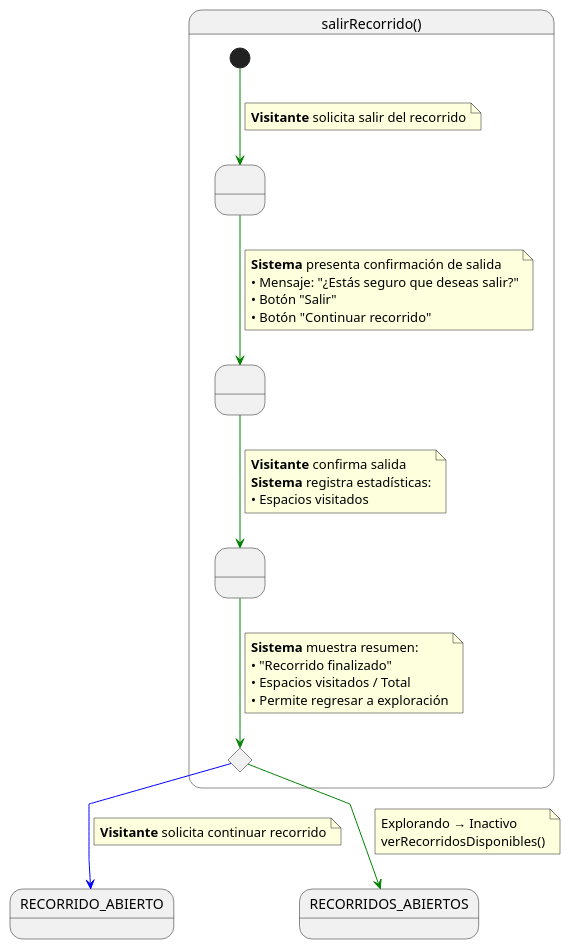
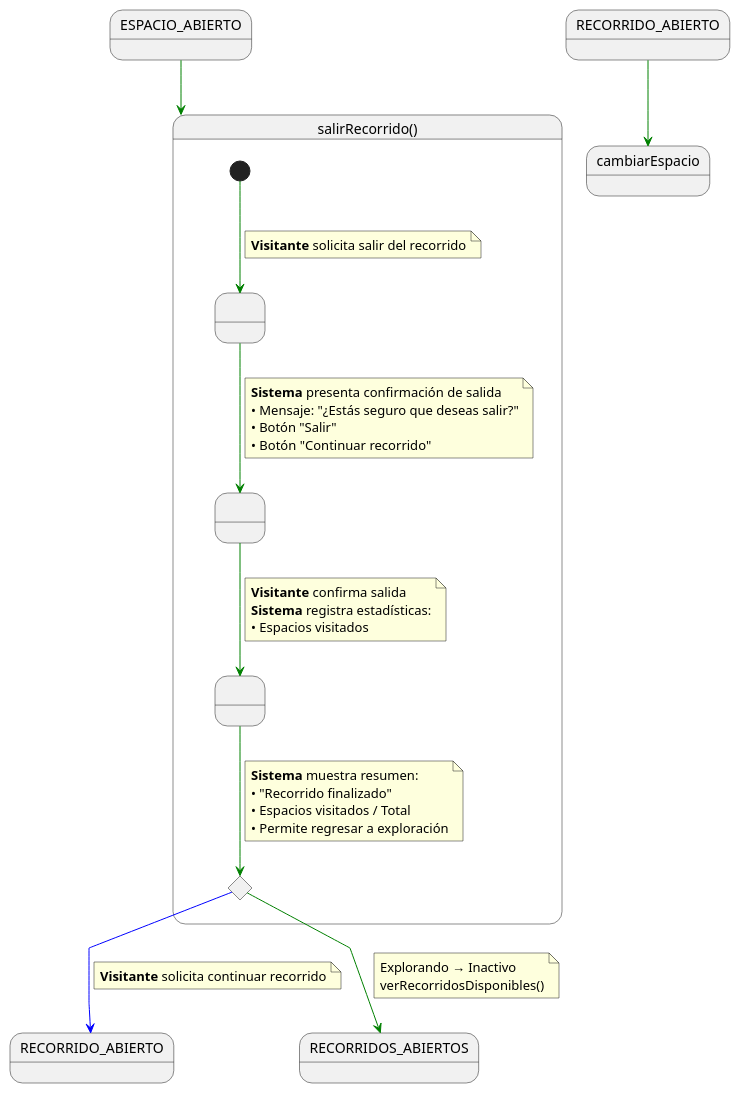
Before and after one commit to Camila-Lesly/25-26-idsw1-sdr: the diagram in documentos/01-casoDeUso/3-DetallarCasosDeUso/1-Visitante/salirRecorrido/salirRecorrido.puml, drawn with PlantUML. The commit also changed 22 other files, not shown here.

```diff
--- a/documentos/01-casoDeUso/3-DetallarCasosDeUso/1-Visitante/salirRecorrido/salirRecorrido.puml
+++ b/documentos/01-casoDeUso/3-DetallarCasosDeUso/1-Visitante/salirRecorrido/salirRecorrido.puml
@@ -1,51 +1,56 @@
 @startuml
 skinparam linetype polyline
+
+state in1 as "ESPACIO_ABIERTO"
+in1 -[#green]-> salirRecorrido
+state in2 as "RECORRIDO_ABIERTO"
+in2 -[#green]-> cambiarEspacio
 
 state salirRecorrido as "salirRecorrido()" {
 
     state " " as SolicitandoSalida
     state " " as ConfirmandoSalida
     state " " as RegistrandoEstadisticas
     state c <<choice>>
 
     [*] -[#green]-> SolicitandoSalida 
     note on link
     <b>Visitante</b> solicita salir del recorrido
     end note    
     
     SolicitandoSalida -[#green]-> ConfirmandoSalida
     note on link
     <b>Sistema</b> presenta confirmación de salida
     • Mensaje: "¿Estás seguro que deseas salir?"
     • Botón "Salir"
     • Botón "Continuar recorrido"
     end note
     
     ConfirmandoSalida -[#green]-> RegistrandoEstadisticas
     note on link
     <b>Visitante</b> confirma salida
     <b>Sistema</b> registra estadísticas:
     • Espacios visitados
     end note
     
     RegistrandoEstadisticas -[#green]-> c
     note on link
     <b>Sistema</b> muestra resumen:
     • "Recorrido finalizado"
     • Espacios visitados / Total
     • Permite regresar a exploración
     end note
 
 }
 
     c -[#blue]-> RECORRIDO_ABIERTO
     note on link
     <b>Visitante</b> solicita continuar recorrido
     end note
     
     c -[#green]-> RECORRIDOS_ABIERTOS
     note on link
     Explorando → Inactivo
     verRecorridosDisponibles()
     end note
 @enduml
```
